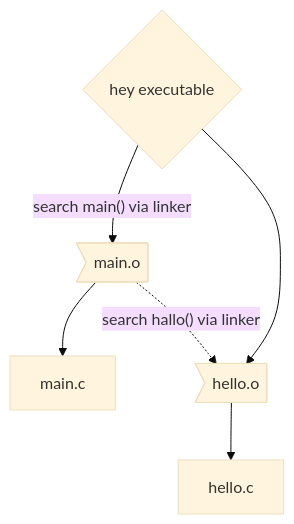
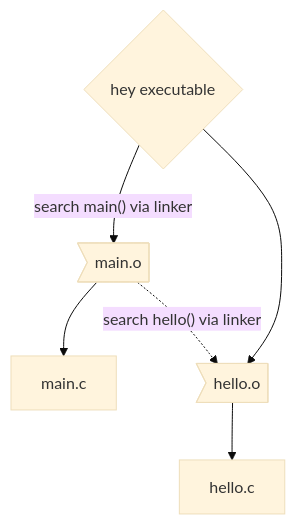
Before and after one commit to KULeuven-Diepenbeek/osc-course: the first of 2 diagrams in content/ch1-c/ecosystems.md, drawn with Mermaid (base theme). The commit also changed other lines of this file and 3 other files, not shown here.

```diff
--- a/content/ch1-c/ecosystems.md
+++ b/content/ch1-c/ecosystems.md
@@ -122,13 +133,13 @@
 {{<mermaid>}}
 graph TD
     A[hello.c]
     B[main.c]
     C>hello.o]
     D>main.o]
     E{hey executable}
     E --> C
     E -->|"search main() via linker"|D
     C --> A
     D --> B
-    D -.->|"search hallo() via linker"|C
+    D -.->|"search hello() via linker"|C
 {{< /mermaid >}}
```
